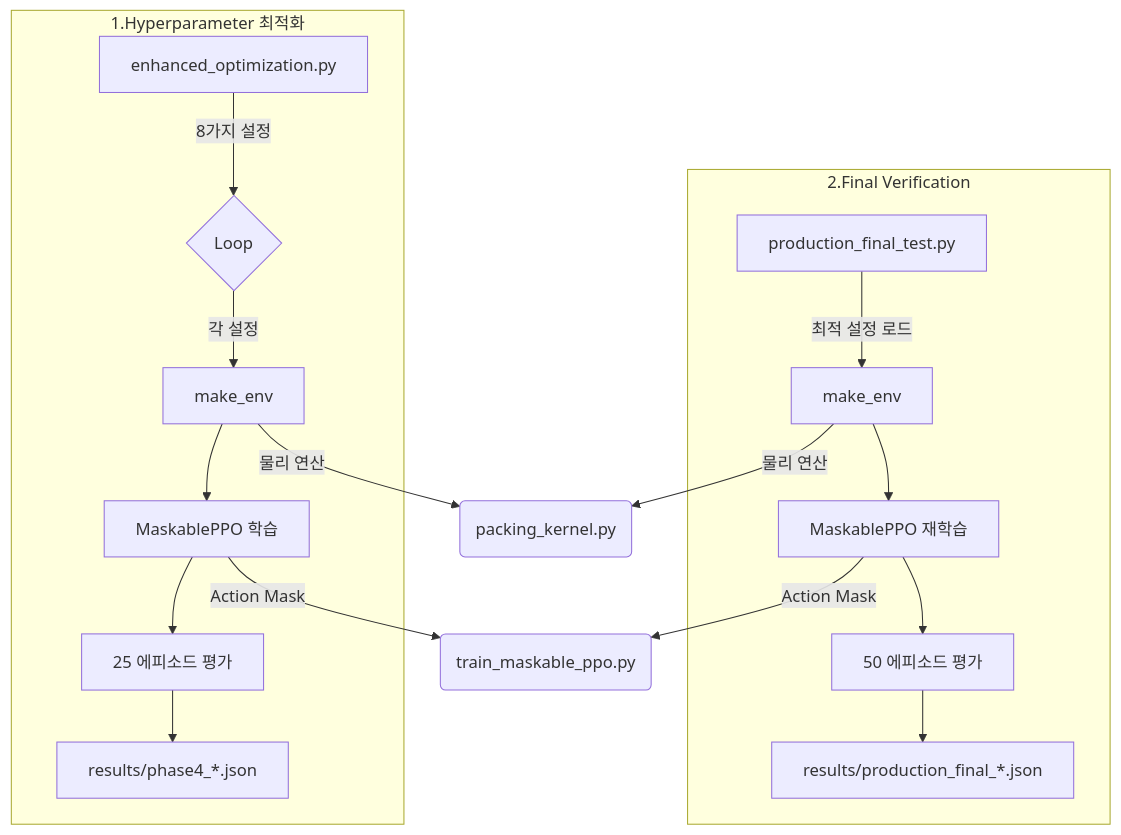
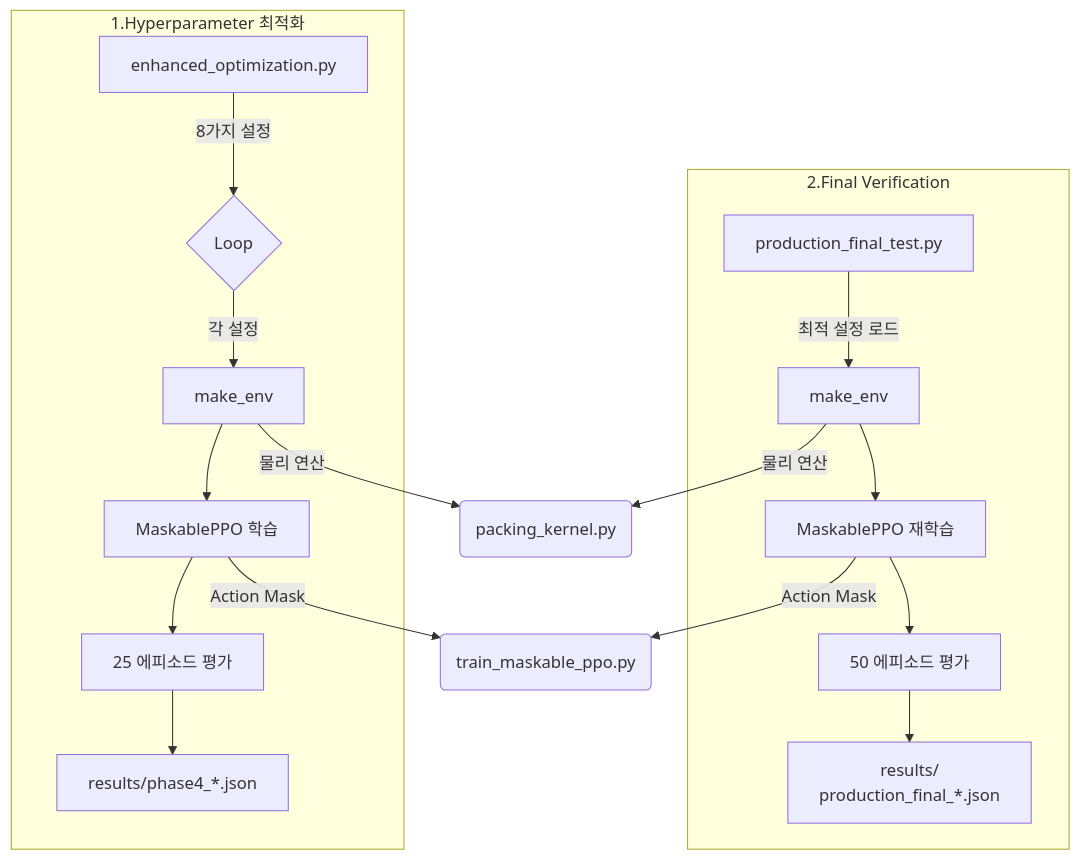
The first of 2 diagrams in docs/커서chat내용Export/Code동작 기술서.md (minajwsy/RL-3DbinPacking), drawn with Mermaid before and after one commit. The commit also changed other lines of this file and 1 other file, not shown here.

````diff
--- a/docs/커서chat내용Export/Code동작 기술서.md
+++ b/docs/커서chat내용Export/Code동작 기술서.md
@@ -133,22 +133,22 @@
 ```mermaid
 graph TD
     subgraph "1.Hyperparameter 최적화"
         A[enhanced_optimization.py] -- "8가지 설정" --> B{Loop}
         B -- "각 설정" --> C[make_env]
         C --> D[MaskablePPO 학습]
         D --> E[25 에피소드 평가]
         E --> F[results/phase4_*.json]
     end
 
     subgraph "2.Final Verification"
         G[production_final_test.py] -- "최적 설정 로드" --> H[make_env]
         H --> I[MaskablePPO 재학습]
         I --> J[50 에피소드 평가]
-        J --> K[results/production_final_*.json]
+        J --> K[results/<br>production_final_*.json]
     end
 
     C -- "물리 연산" --> L(packing_kernel.py)
     H -- "물리 연산" --> L
     D -- "Action Mask" --> M(train_maskable_ppo.py)
     I -- "Action Mask" --> M
 ```
````
